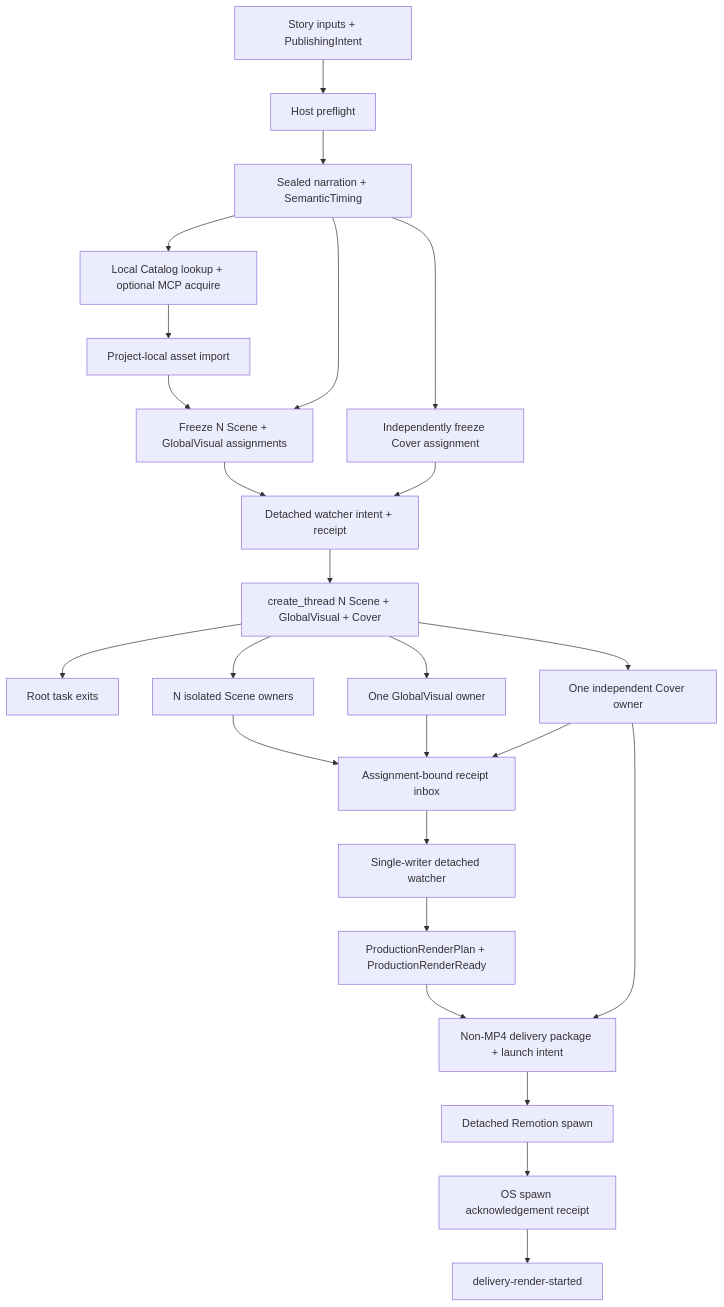
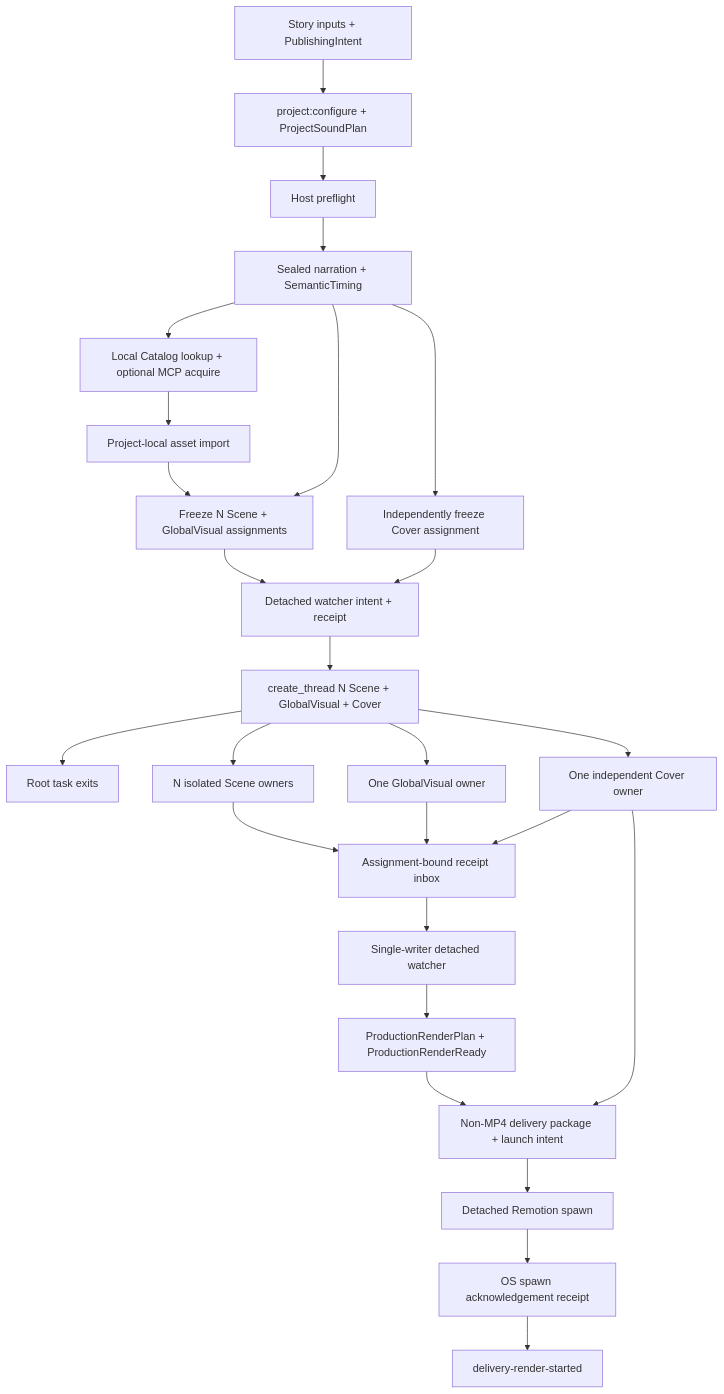
One commit to AXMORF/axmorf-studio changed the diagram in docs/PRODUCTION_WORKFLOW.md. Above: the diagram before and after it, drawn with Mermaid. The commit also changed other lines of this file and 103 other files, not shown here.

Commit message:
feat: unify sound contributions and project bgm

````diff
--- a/docs/PRODUCTION_WORKFLOW.md
+++ b/docs/PRODUCTION_WORKFLOW.md
@@ -9,27 +9,28 @@
 ```mermaid
 flowchart TD
-    Inputs["Story inputs + PublishingIntent"] --> Preflight["Host preflight"]
+    Inputs["Story inputs + PublishingIntent"] --> Configure["project:configure + ProjectSoundPlan"]
+    Configure --> Preflight["Host preflight"]
     Preflight --> Narrative["Sealed narration + SemanticTiming"]
     Narrative --> AssetChoice["Local Catalog lookup + optional MCP acquire"]
     AssetChoice --> AssetImport["Project-local asset import"]
     AssetImport --> ProductionFreeze
     Narrative --> ProductionFreeze["Freeze N Scene + GlobalVisual assignments"]
     Narrative --> CoverFreeze["Independently freeze Cover assignment"]
     ProductionFreeze --> WatchStart["Detached watcher intent + receipt"]
     CoverFreeze --> WatchStart
     WatchStart --> Dispatch["create_thread N Scene + GlobalVisual + Cover"]
     Dispatch --> RootExit["Root task exits"]
     Dispatch --> Scenes["N isolated Scene owners"]
     Dispatch --> Global["One GlobalVisual owner"]
     Dispatch --> Cover["One independent Cover owner"]
     Scenes --> Inbox["Assignment-bound receipt inbox"]
     Global --> Inbox
     Cover --> Inbox
     Inbox --> Watcher["Single-writer detached watcher"]
     Watcher --> Ready["ProductionRenderPlan + ProductionRenderReady"]
     Ready --> Package["Non-MP4 delivery package + launch intent"]
     Cover --> Package
     Package --> Spawn["Detached Remotion spawn"]
     Spawn --> Receipt["OS spawn acknowledgement receipt"]
     Receipt --> Endpoint["delivery-render-started"]
 ```
````
